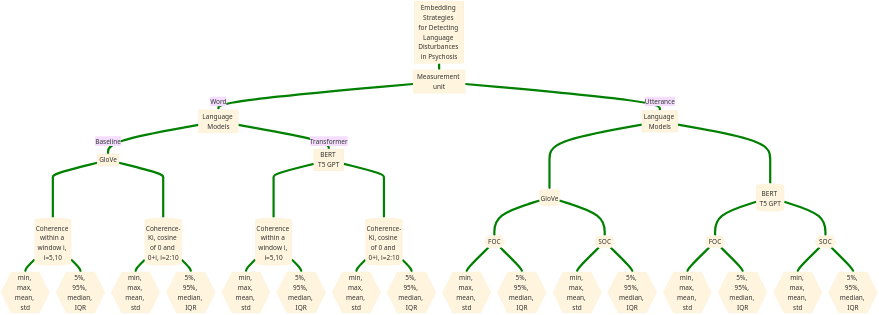
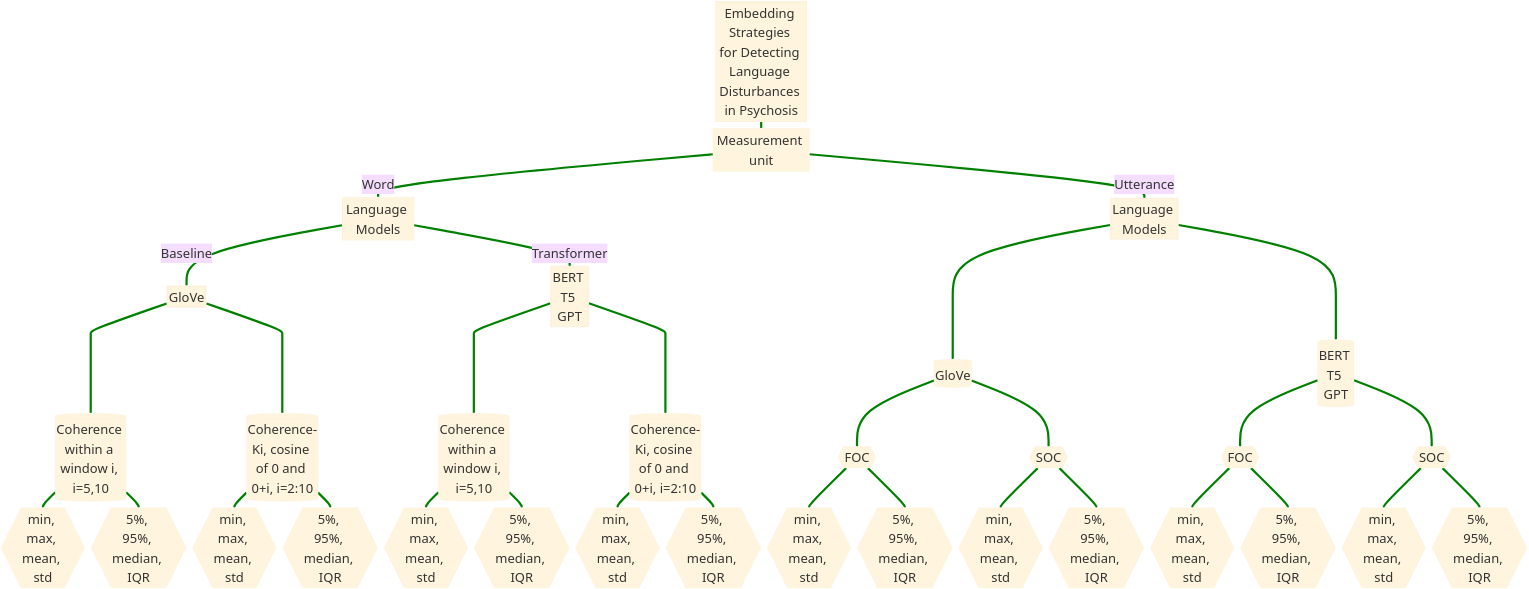
One commit to yancong222/SSD-LM-STanglab changed the first of 2 diagrams in README.md. Above: the diagram before and after it, drawn with Mermaid.

````diff
--- a/README.md
+++ b/README.md
@@ -5,66 +5,66 @@
 ```mermaid
-%%{init: {'theme': 'base', 'themeVariables': { 'fontSize': '50px'}}}%%
+%%{init: {'theme': 'base', 'themeVariables': { 'fontSize': '100px'}}}%%
 flowchart TD
     A[Embedding Strategies for Detecting Language Disturbances in Psychosis] ==> B[Measurement unit]
     B == Word ==> C[Language Models]
     C == Baseline ==> D[[GloVe]] ====> G[(Coherence within a window i, i=5,10)]
     G ==> J{{min, max, mean, std}}
     G ==> K{{5%, 95%, median, IQR}}
     D ====> P[(Coherence-Ki, cosine of 0 and 0+i, i=2:10)]
     P ==> Q{{min, max, mean, std}}
     P ==> R{{5%, 95%, median, IQR}}
     C == Transformer ==> E[[BERT T5 GPT]] ====> H[(Coherence within a window i, i=5,10)]
     H ==> L{{min, max, mean, std}}
     H ==> M{{5%, 95%, median, IQR}}
     E ====> S[(Coherence-Ki, cosine of 0 and 0+i, i=2:10)]
     S ==> T{{min, max, mean, std}}
     S ==> U{{5%, 95%, median, IQR}}
     B == Utterance ==> F[[Language Models]] ====> I[(GloVe)]
     I ==> N{{FOC}}
     I ==> O{{SOC}}
     N ==> a{{min, max, mean, std}}
     N ==> b{{5%, 95%, median, IQR}}
     O ==> c{{min, max, mean, std}}
     O ==> d{{5%, 95%, median, IQR}}
     F ====> V[(BERT T5 GPT)]
     V ==> W{{FOC}}
     V ==> X{{SOC}}
     W ==> e{{min, max, mean, std}}
     W ==> f{{5%, 95%, median, IQR}}
     X ==> g{{min, max, mean, std}}
     X ==> h{{5%, 95%, median, IQR}}
     
     
     linkStyle 0 stroke-width:17px,fill:none,stroke:green;
     linkStyle 1 stroke-width:17px,fill:none,stroke:green;
     linkStyle 2 stroke-width:17px,fill:none,stroke:green;
     linkStyle 3 stroke-width:17px,fill:none,stroke:green;
     linkStyle 4 stroke-width:17px,fill:none,stroke:green;
     linkStyle 5 stroke-width:17px,fill:none,stroke:green;
     linkStyle 6 stroke-width:17px,fill:none,stroke:green;
     linkStyle 7 stroke-width:17px,fill:none,stroke:green;
     linkStyle 8 stroke-width:17px,fill:none,stroke:green;
     linkStyle 9 stroke-width:17px,fill:none,stroke:green;
     linkStyle 10 stroke-width:17px,fill:none,stroke:green;
     linkStyle 11 stroke-width:17px,fill:none,stroke:green;
     linkStyle 12 stroke-width:17px,fill:none,stroke:green;
     linkStyle 13 stroke-width:17px,fill:none,stroke:green;
     linkStyle 14 stroke-width:17px,fill:none,stroke:green;
     linkStyle 15 stroke-width:17px,fill:none,stroke:green;
     linkStyle 16 stroke-width:17px,fill:none,stroke:green;
     linkStyle 17 stroke-width:17px,fill:none,stroke:green;
     linkStyle 18 stroke-width:17px,fill:none,stroke:green;
     linkStyle 19 stroke-width:17px,fill:none,stroke:green;
     linkStyle 20 stroke-width:17px,fill:none,stroke:green;
     linkStyle 21 stroke-width:17px,fill:none,stroke:green;
     linkStyle 22 stroke-width:17px,fill:none,stroke:green;
     linkStyle 23 stroke-width:17px,fill:none,stroke:green;
     linkStyle 24 stroke-width:17px,fill:none,stroke:green;
     linkStyle 25 stroke-width:17px,fill:none,stroke:green;
     linkStyle 26 stroke-width:17px,fill:none,stroke:green;
     linkStyle 27 stroke-width:17px,fill:none,stroke:green;
     linkStyle 28 stroke-width:17px,fill:none,stroke:green;
     linkStyle 29 stroke-width:17px,fill:none,stroke:green;
     linkStyle 30 stroke-width:17px,fill:none,stroke:green;
     
 ```
````
